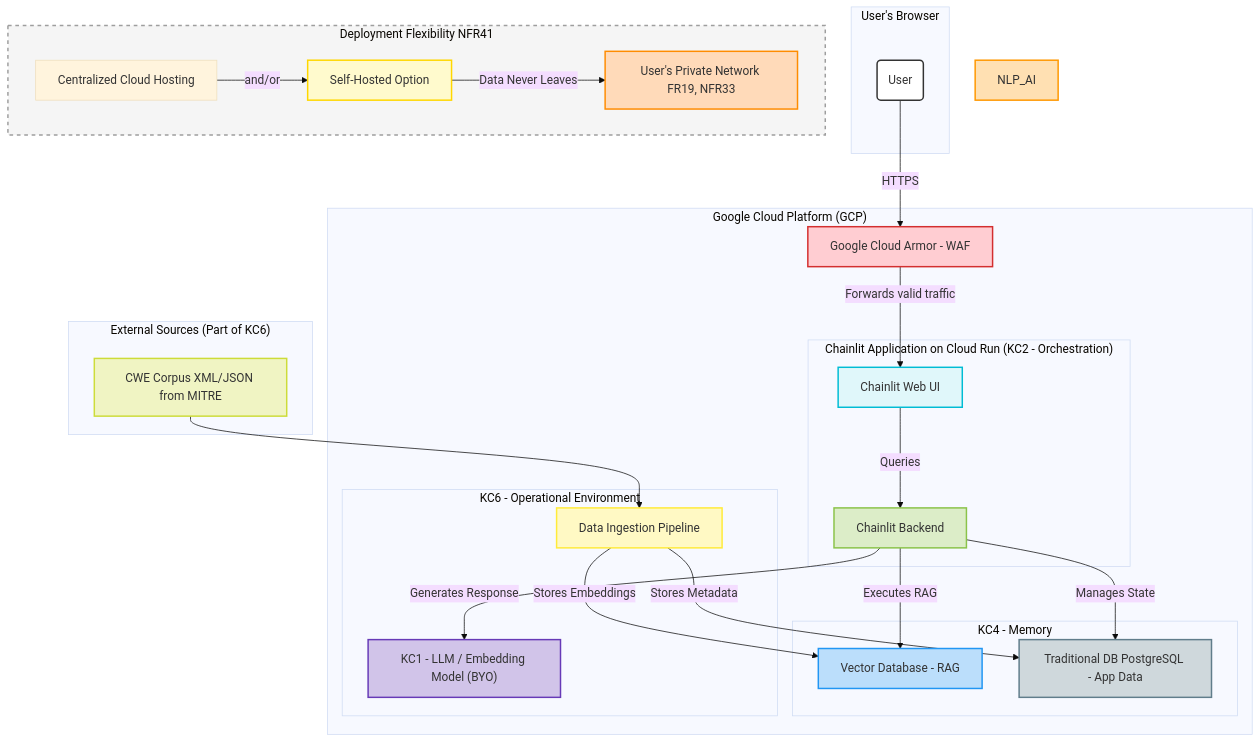
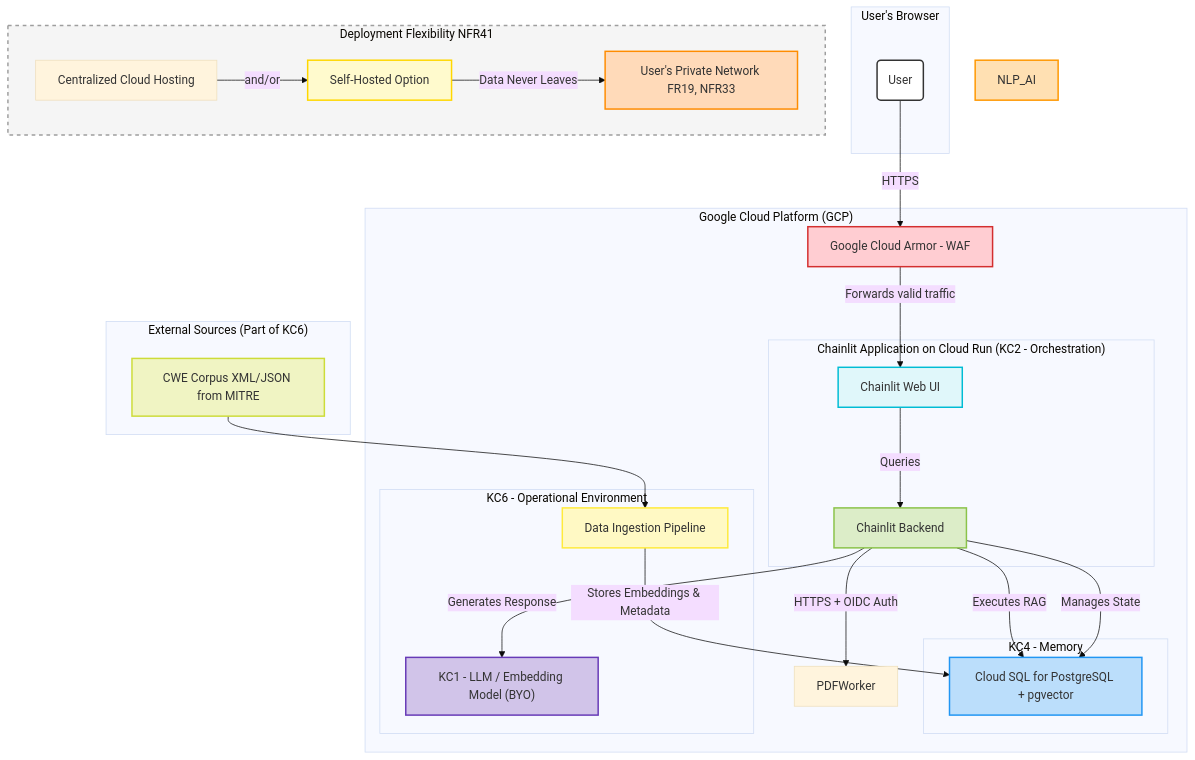
The third of 3 diagrams in docs/architecture/high-level-architecture.md (CWE-ChatBot/CWE-ChatBot), drawn with Mermaid (base theme) before and after one commit. The commit also changed other lines of this file and 9 other files, not shown here.

````diff
--- a/docs/architecture/high-level-architecture.md
+++ b/docs/architecture/high-level-architecture.md
@@ -107,57 +107,55 @@
 ```mermaid
 graph TD
     subgraph "User's Browser"
         User(User)
     end
 
     subgraph "Google Cloud Platform (GCP)"
         WAF[Google Cloud Armor - WAF]
         subgraph "Chainlit Application on Cloud Run (KC2 - Orchestration)"
             WebUI[Chainlit Web UI]
             BackendAPI[Chainlit Backend]
         end
         subgraph "KC4 - Memory"
-            VectorDB[Vector Database - RAG]
-            TraditionalDB[Traditional DB PostgreSQL - App Data]
+            SQLDB[Cloud SQL for PostgreSQL + pgvector]
         end
         subgraph "KC6 - Operational Environment"
              DataIngestion[Data Ingestion Pipeline]
              LLM["KC1 - LLM / Embedding Model (BYO)"]
         end
 
         User -- HTTPS --> WAF
         WAF -- Forwards valid traffic --> WebUI
         WebUI -- Queries --> BackendAPI
-        BackendAPI -- Executes RAG --> VectorDB
+        BackendAPI -- Executes RAG --> SQLDB
         BackendAPI -- Generates Response --> LLM
-        BackendAPI -- Manages State --> TraditionalDB
+        BackendAPI -- Manages State --> SQLDB
+        BackendAPI -- HTTPS + OIDC Auth --> PDFWorker
     end
 
     subgraph "External Sources (Part of KC6)"
         CWE_Data[CWE Corpus XML/JSON from MITRE]
     end
 
     CWE_Data --> DataIngestion
-    DataIngestion -- Stores Embeddings --> VectorDB
-    DataIngestion -- Stores Metadata --> TraditionalDB
+    DataIngestion -- Stores Embeddings & Metadata --> SQLDB
 
     subgraph DeploymentFlexibility [Deployment Flexibility NFR41]
         Direction[Centralized Cloud Hosting] --and/or--> SelfHost[Self-Hosted Option]
         SelfHost -- Data Never Leaves --> UserNetwork[User's Private Network FR19, NFR33]
     end
 
     style User fill:#FFF,stroke:#333,stroke-width:2px
     style WAF fill:#FFCDD2,stroke:#D32F2F,stroke-width:2px
     style WebUI fill:#E0F7FA,stroke:#00BCD4,stroke-width:2px
     style BackendAPI fill:#DCEDC8,stroke:#8BC34A,stroke-width:2px
     style NLP_AI fill:#FFE0B2,stroke:#FF9800,stroke-width:2px
-    style VectorDB fill:#BBDEFB,stroke:#2196F3,stroke-width:2px
-    style TraditionalDB fill:#CFD8DC,stroke:#607D8B,stroke-width:2px
+    style SQLDB fill:#BBDEFB,stroke:#2196F3,stroke-width:2px
     style CWE_Data fill:#F0F4C3,stroke:#CDDC39,stroke-width:2px
     style DataIngestion fill:#FFF9C4,stroke:#FFEB3B,stroke-width:2px
     style LLM fill:#D1C4E9,stroke:#673AB7,stroke-width:2px
     style DeploymentFlexibility fill:#F5F5F5,stroke:#9E9E9E,stroke-width:2px,stroke-dasharray: 5 5
     style SelfHost fill:#FFFACD,stroke:#FFD700,stroke-width:2px
     style UserNetwork fill:#FFDAB9,stroke:#FF8C00,stroke-width:2px
 
 ```
````
